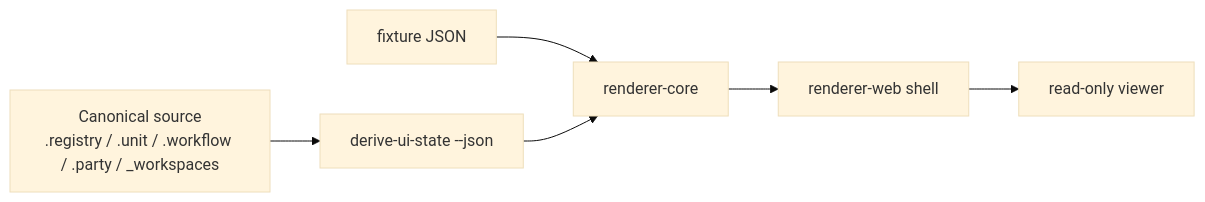
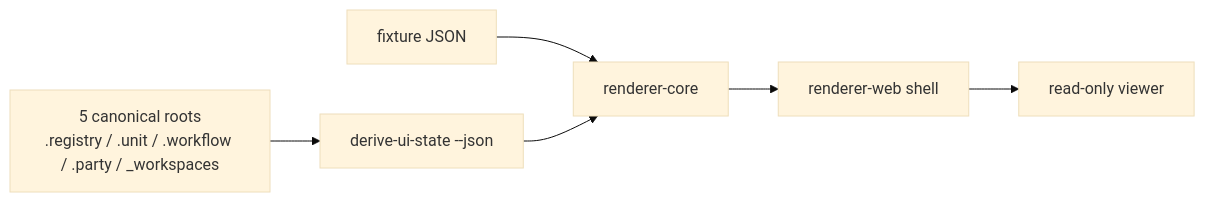
One commit to SungYongMOON/soulforge changed the diagram in ui-workspace/docs/UI_RENDERER_MODEL.md. Above: the diagram before and after it, drawn with Mermaid (base theme). The commit also changed other lines of this file and 18 other files, not shown here.

````diff
--- a/ui-workspace/docs/UI_RENDERER_MODEL.md
+++ b/ui-workspace/docs/UI_RENDERER_MODEL.md
@@ -23,8 +24,8 @@
 ```mermaid
 flowchart LR
-  SRC["Canonical source<br/>.registry / .unit / .workflow / .party / _workspaces"] --> DERIVE["derive-ui-state --json"]
+  SRC["5 canonical roots<br/>.registry / .unit / .workflow / .party / _workspaces"] --> DERIVE["derive-ui-state --json"]
   FIX["fixture JSON"] --> CORE["renderer-core"]
   DERIVE --> CORE
   CORE --> WEB["renderer-web shell"]
   WEB --> UI["read-only viewer"]
 ```
````
